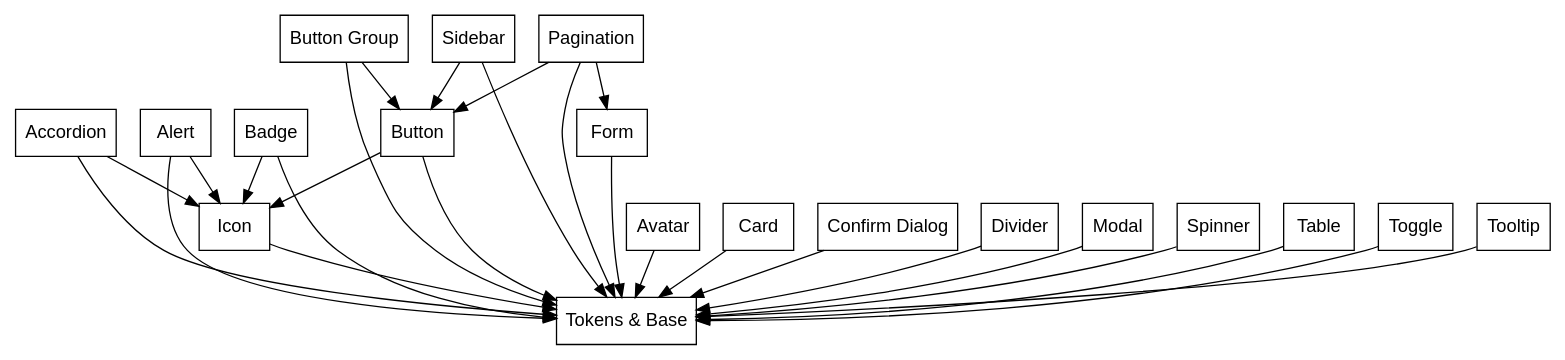
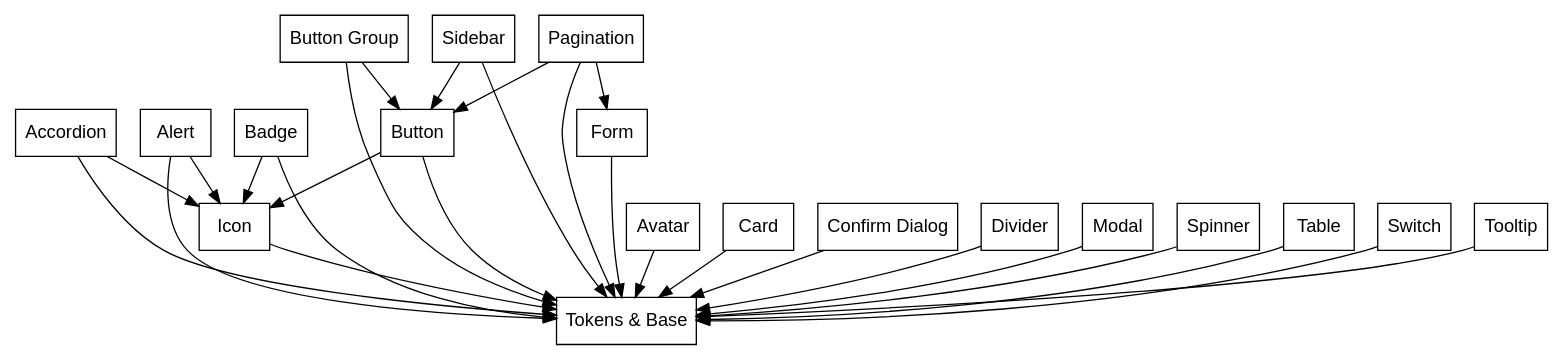
The diagram in tools/generate-graph.dot (RoleModel/optics), drawn with Graphviz before and after one commit. The commit also changed 9 other files, not shown here.

Commit message:
Rename toggle to switch

```diff
--- a/tools/generate-graph.dot
+++ b/tools/generate-graph.dot
@@ -1,41 +1,41 @@
 digraph dependencies {
   fontname = "Helvetica,Arial,sans-serif";
   node [fontname = "Helvetica,Arial,sans-serif";];
   edge [fontname = "Helvetica,Arial,sans-serif";];
   node [shape = box;];
   "Tokens & Base";
-  
+
   "Accordion" -> "Tokens & Base";
   "Accordion" -> "Icon";
-  
+
   "Alert" -> "Tokens & Base";
   "Alert" -> "Icon";
-  
+
   "Badge" -> "Tokens & Base";
   "Badge" -> "Icon";
-  
+
   "Button" -> "Tokens & Base";
   "Button" -> "Icon";
-  
+
   "Button Group" -> "Tokens & Base";
   "Button Group" -> "Button";
-  
+
   "Sidebar" -> "Tokens & Base";
   "Sidebar" -> "Button";
-  
+
   "Pagination" -> "Button";
   "Pagination" -> "Form";
   "Pagination" -> "Tokens & Base";
-  
+
   "Avatar" -> "Tokens & Base";
   "Card" -> "Tokens & Base";
   "Confirm Dialog" -> "Tokens & Base";
   "Divider" -> "Tokens & Base";
   "Form" -> "Tokens & Base";
   "Icon" -> "Tokens & Base";
   "Modal" -> "Tokens & Base";
   "Spinner" -> "Tokens & Base";
   "Table" -> "Tokens & Base";
-  "Toggle" -> "Tokens & Base";
+  "Switch" -> "Tokens & Base";
   "Tooltip" -> "Tokens & Base";
 }
```
